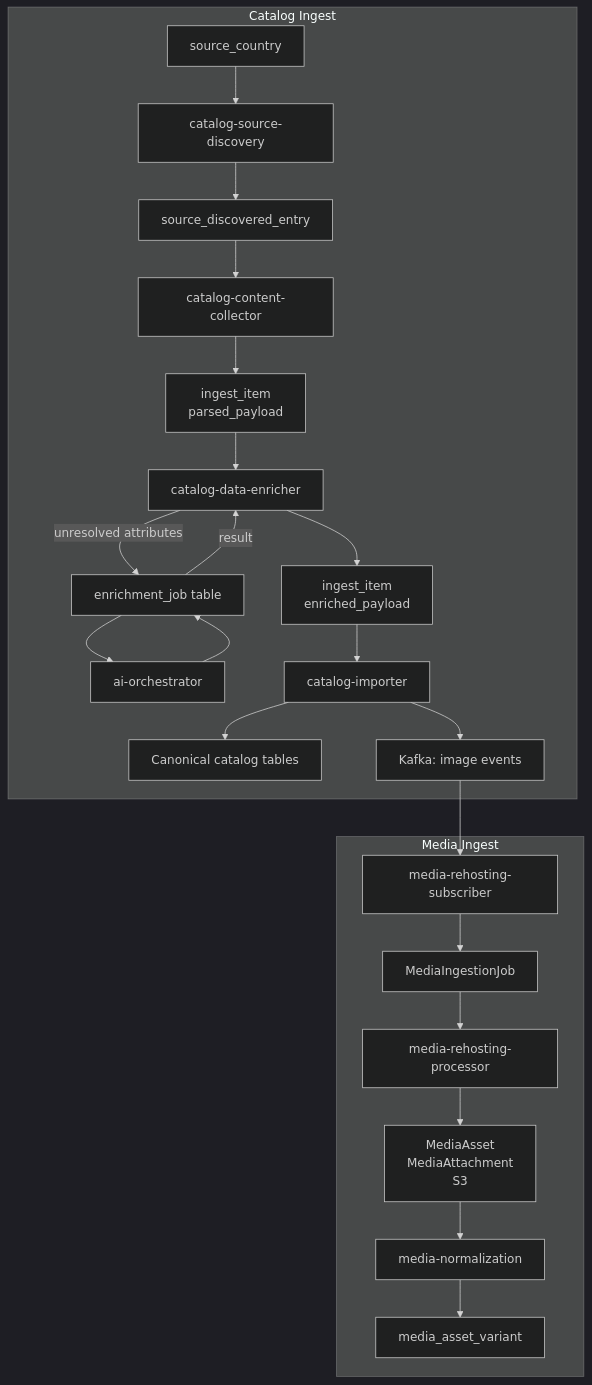
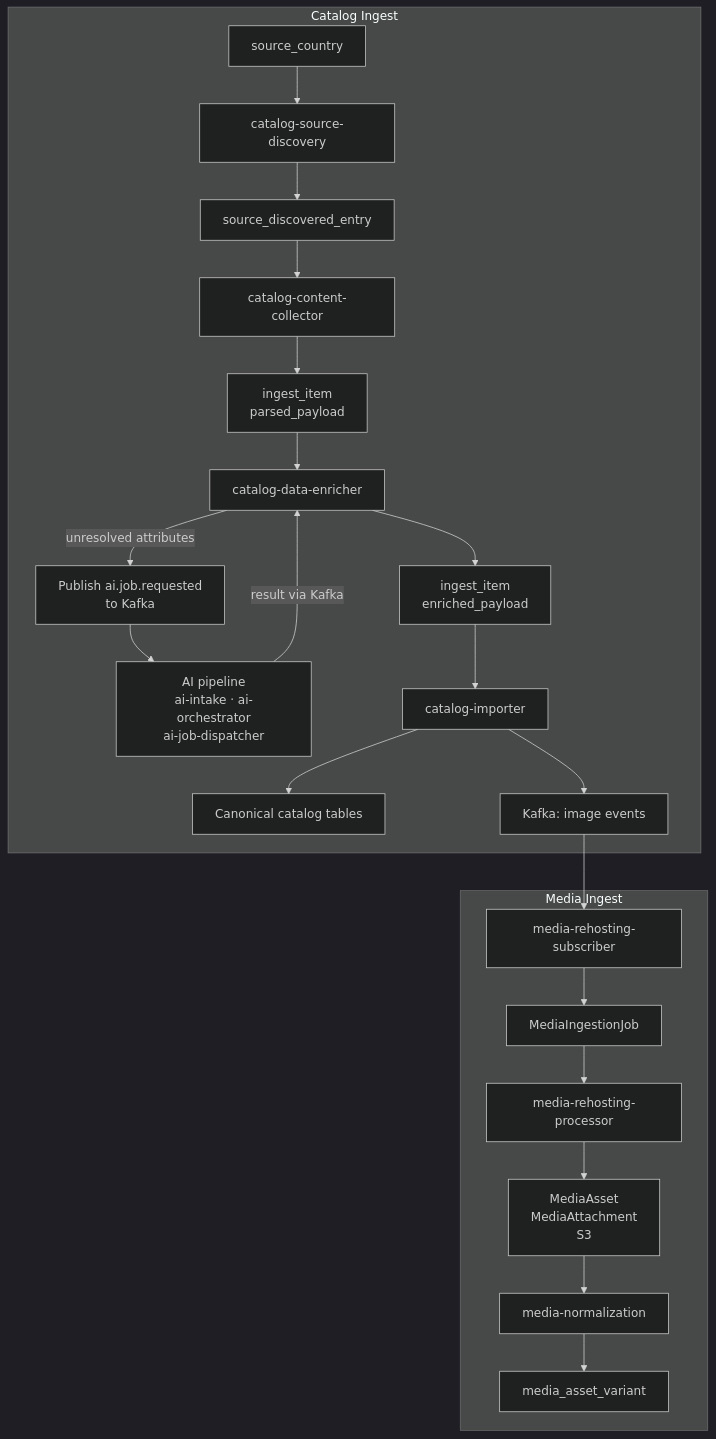
One commit to MafiaCoconut/Monstrino changed the diagram in monstrino-docs/docs/pipelines/data-ingestion/overview.md. Above: the diagram before and after it, drawn with Mermaid (dark theme). The commit also changed other lines of this file and 34 other files, not shown here.

````diff
--- a/monstrino-docs/docs/pipelines/data-ingestion/overview.md
+++ b/monstrino-docs/docs/pipelines/data-ingestion/overview.md
@@ -26,27 +26,26 @@
 ```mermaid
 flowchart TD
     subgraph Catalog Ingest
         A[source_country] --> B[catalog-source-discovery]
         B --> C[source_discovered_entry]
         C --> D[catalog-content-collector]
         D --> E[ingest_item<br/>parsed_payload]
         E --> F[catalog-data-enricher]
-        F -->|unresolved attributes| G[enrichment_job table]
-        G --> H[ai-orchestrator]
-        H --> G
-        G -->|result| F
+        F -->|unresolved attributes| G[Publish ai.job.requested<br/>to Kafka]
+        G --> H[AI pipeline<br/>ai-intake · ai-orchestrator<br/>ai-job-dispatcher]
+        H -->|result via Kafka| F
         F --> I[ingest_item<br/>enriched_payload]
         I --> J[catalog-importer]
         J --> K[Canonical catalog tables]
         J --> L[Kafka: image events]
     end
 
     subgraph Media Ingest
         L --> M[media-rehosting-subscriber]
         M --> N[MediaIngestionJob]
         N --> O[media-rehosting-processor]
         O --> P[MediaAsset<br/>MediaAttachment<br/>S3]
         P --> Q[media-normalization]
         Q --> R[media_asset_variant]
     end
 ```
````
